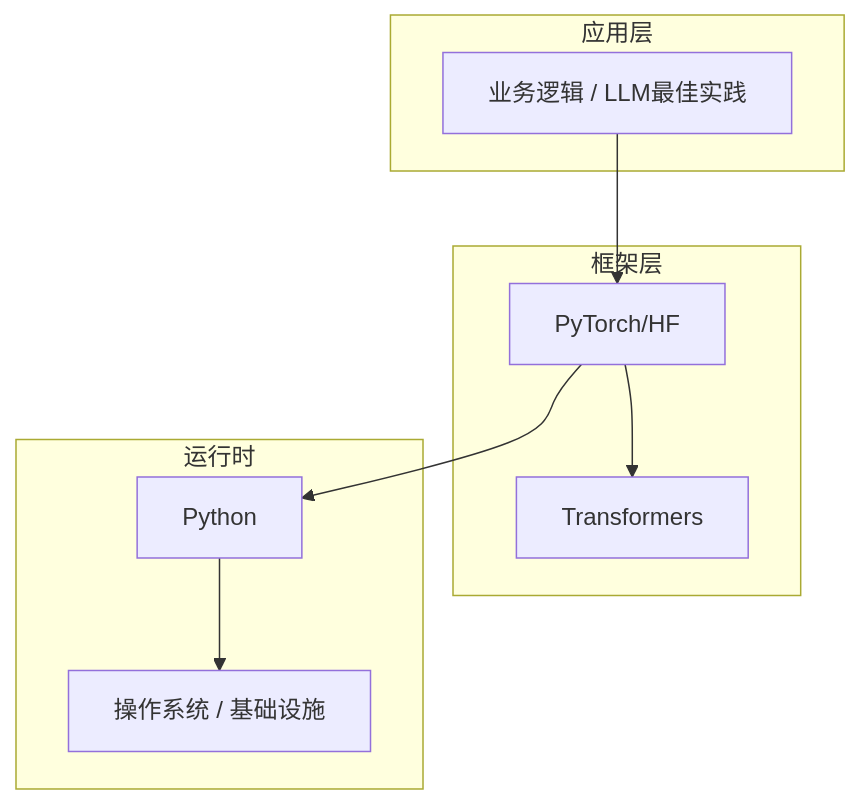
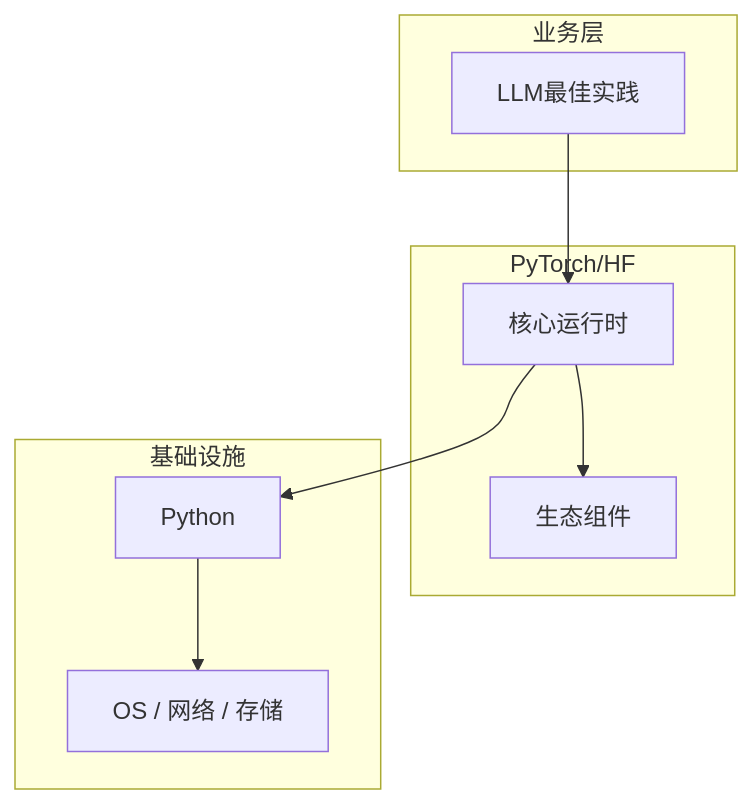
The diagram in articles/大语言模型/chapters/144-LLM最佳实践核心概念与原理.md (yanggan2015/knowledge-json-v2), drawn with Mermaid before and after one commit. The commit also changed other lines of this file and 10127 other files, not shown here.

````diff
--- a/articles/大语言模型/chapters/144-LLM最佳实践核心概念与原理.md
+++ b/articles/大语言模型/chapters/144-LLM最佳实践核心概念与原理.md
@@ -45,18 +34,18 @@
 ```mermaid
 graph TB
-    subgraph 应用层
-        A[业务逻辑 / LLM最佳实践]
+    subgraph 业务层
+        A[LLM最佳实践]
     end
-    subgraph 框架层
-        B[PyTorch/HF]
-        C[Transformers]
+    subgraph PyTorch/HF
+        B[核心运行时]
+        C[生态组件]
     end
-    subgraph 运行时
+    subgraph 基础设施
         D[Python]
-        E[操作系统 / 基础设施]
+        E[OS / 网络 / 存储]
     end
     A --> B
     B --> C
     B --> D
     D --> E
 ```
````
